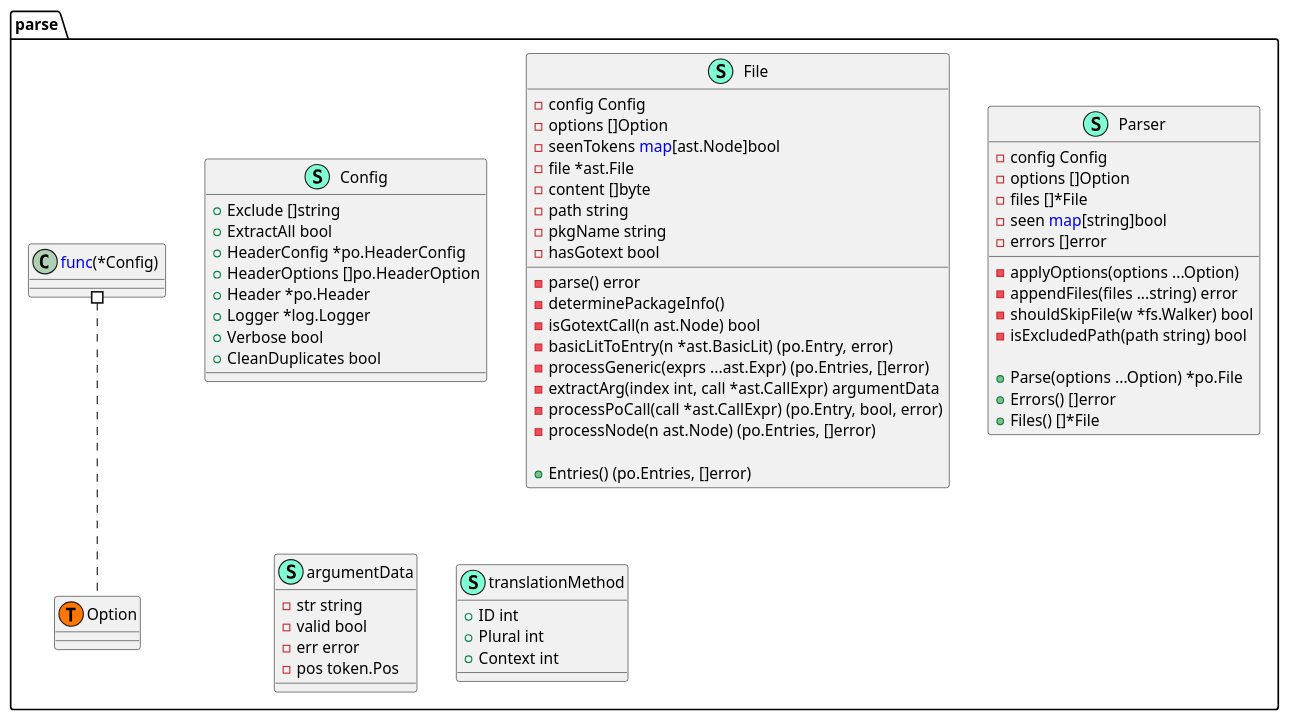
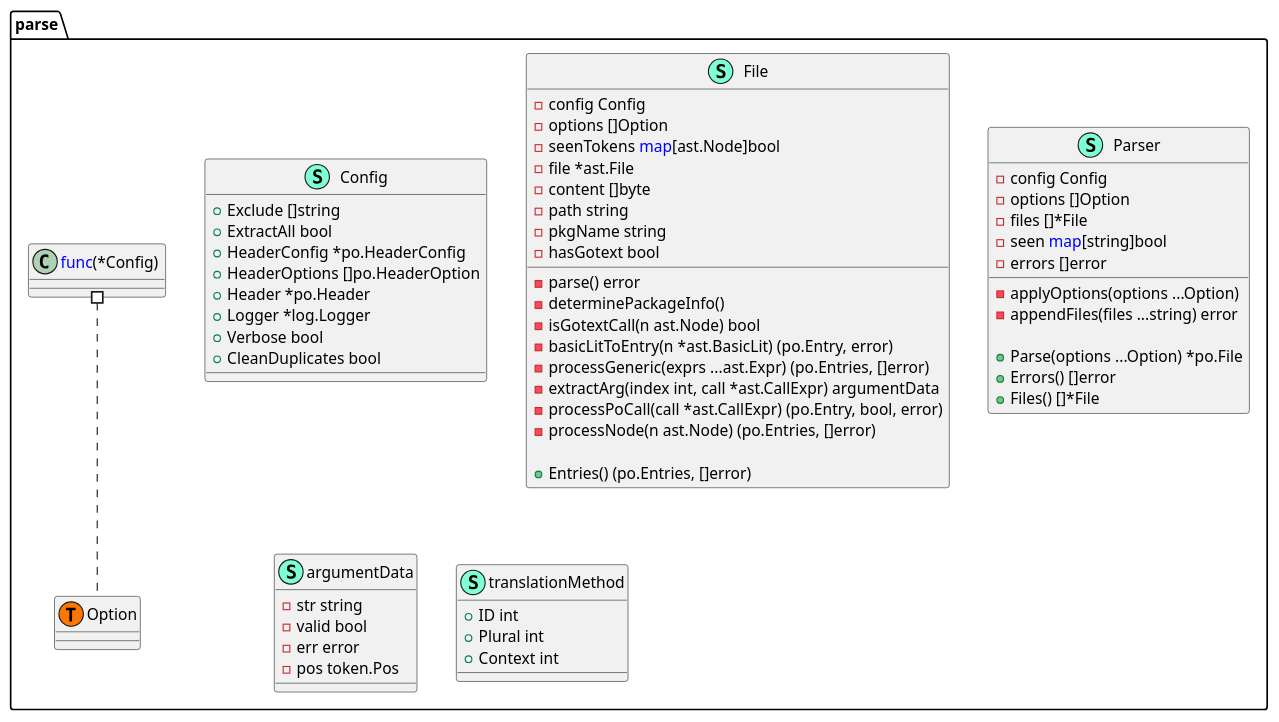
Before and after one commit to Tom5521/gotext-tools: the diagram in pkg/go/parse/structure.puml, drawn with PlantUML. The commit also changed 7 other files, not shown here.

```diff
--- a/pkg/go/parse/structure.puml
+++ b/pkg/go/parse/structure.puml
@@ -1,72 +1,70 @@
 @startuml
 namespace parse {
     class Config << (S,Aquamarine) >> {
         + Exclude []string
         + ExtractAll bool
         + HeaderConfig *po.HeaderConfig
         + HeaderOptions []po.HeaderOption
         + Header *po.Header
         + Logger *log.Logger
         + Verbose bool
         + CleanDuplicates bool
 
     }
     class File << (S,Aquamarine) >> {
         - config Config
         - options []Option
         - seenTokens <font color=blue>map</font>[ast.Node]bool
         - file *ast.File
         - content []byte
         - path string
         - pkgName string
         - hasGotext bool
 
         - parse() error
         - determinePackageInfo() 
         - isGotextCall(n ast.Node) bool
         - basicLitToEntry(n *ast.BasicLit) (po.Entry, error)
         - processGeneric(exprs ...ast.Expr) (po.Entries, []error)
         - extractArg(index int, call *ast.CallExpr) argumentData
         - processPoCall(call *ast.CallExpr) (po.Entry, bool, error)
         - processNode(n ast.Node) (po.Entries, []error)
 
         + Entries() (po.Entries, []error)
 
     }
     class Parser << (S,Aquamarine) >> {
         - config Config
         - options []Option
         - files []*File
         - seen <font color=blue>map</font>[string]bool
         - errors []error
 
         - applyOptions(options ...Option) 
         - appendFiles(files ...string) error
-        - shouldSkipFile(w *fs.Walker) bool
-        - isExcludedPath(path string) bool
 
         + Parse(options ...Option) *po.File
         + Errors() []error
         + Files() []*File
 
     }
     class argumentData << (S,Aquamarine) >> {
         - str string
         - valid bool
         - err error
         - pos token.Pos
 
     }
     class parse.Option << (T, #FF7700) >>  {
     }
     class translationMethod << (S,Aquamarine) >> {
         + ID int
         + Plural int
         + Context int
 
     }
 }
 
 
 "parse.<font color=blue>func</font>(*Config) " #.. "parse.Option"
 @enduml
```
